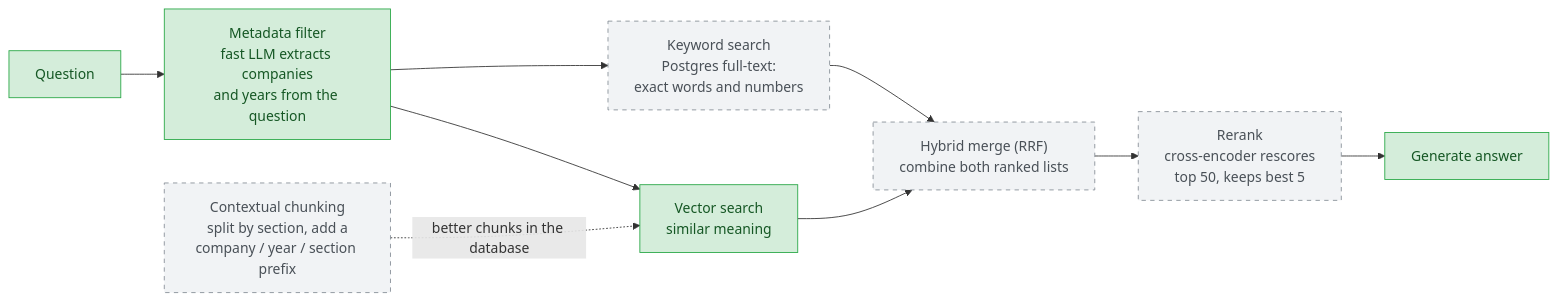
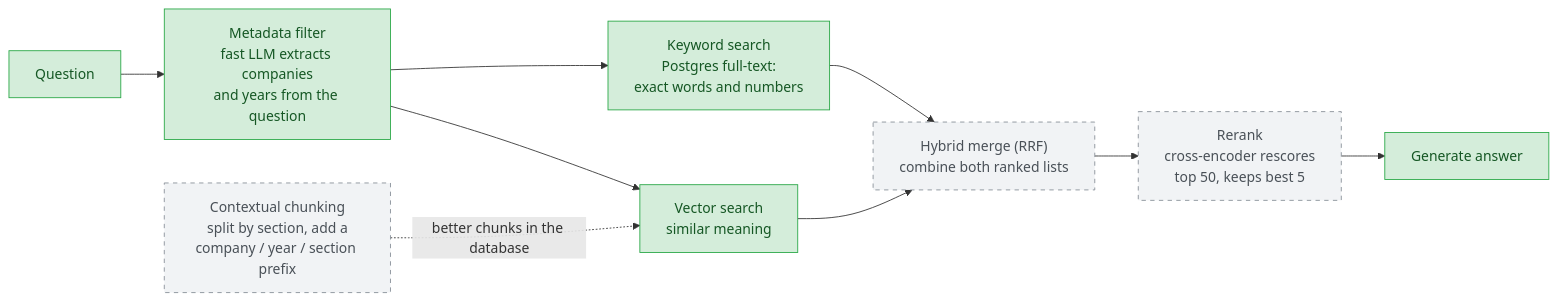
The third of 6 diagrams in README.md (madeleine68/Reportlens), drawn with Mermaid before and after one commit. The commit also changed other lines of this file and 15 other files, not shown here.

````diff
--- a/README.md
+++ b/README.md
@@ -129,16 +132,16 @@
 ```mermaid
 flowchart LR
     q["Question"] --> filt["Metadata filter<br/>fast LLM extracts companies<br/>and years from the question"]
     filt --> vec["Vector search<br/>similar meaning"]
     filt --> kw["Keyword search<br/>Postgres full-text:<br/>exact words and numbers"]
     vec --> rrf["Hybrid merge (RRF)<br/>combine both ranked lists"]
     kw --> rrf
     rrf --> rerank["Rerank<br/>cross-encoder rescores<br/>top 50, keeps best 5"]
     rerank --> gen["Generate answer"]
     ctx["Contextual chunking<br/>split by section, add a<br/>company / year / section prefix"] -.->|"better chunks in the database"| vec
 
     classDef planned fill:#f1f3f5,stroke:#868e96,color:#495057,stroke-dasharray: 5 5
     classDef done fill:#d4edda,stroke:#28a745,color:#155724
-    class q,filt,vec,gen done
-    class kw,rrf,rerank,ctx planned
+    class q,filt,vec,kw,gen done
+    class rrf,rerank,ctx planned
 ```
````
